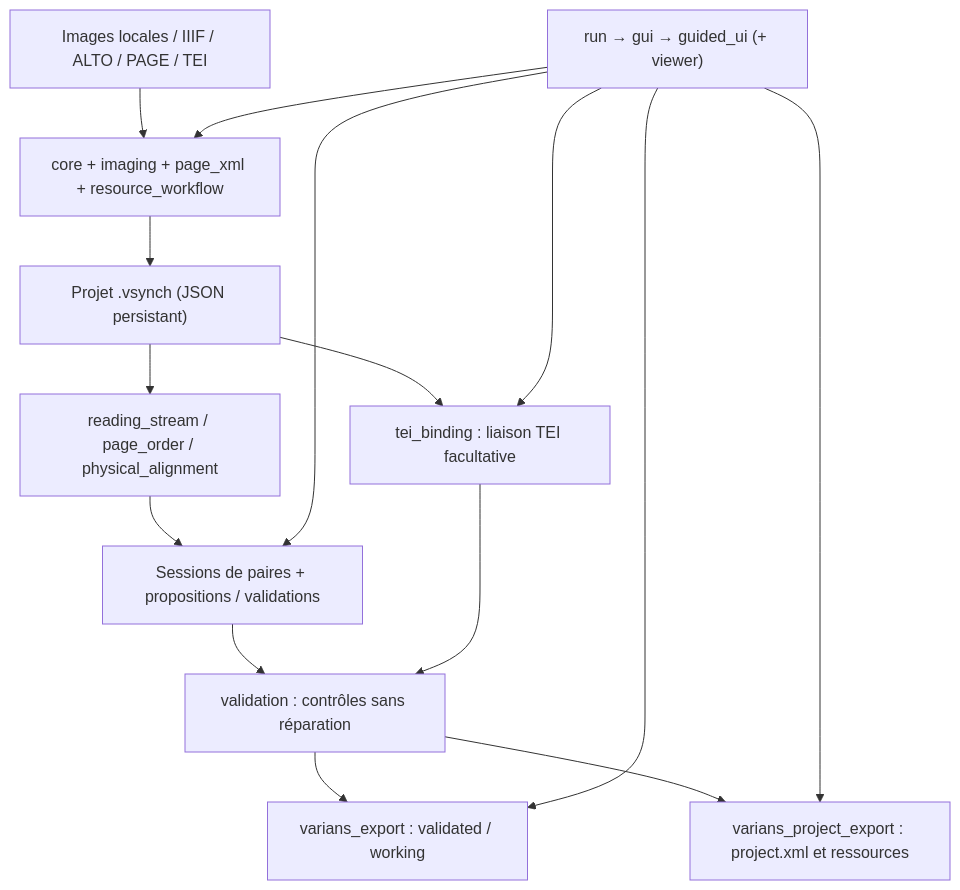
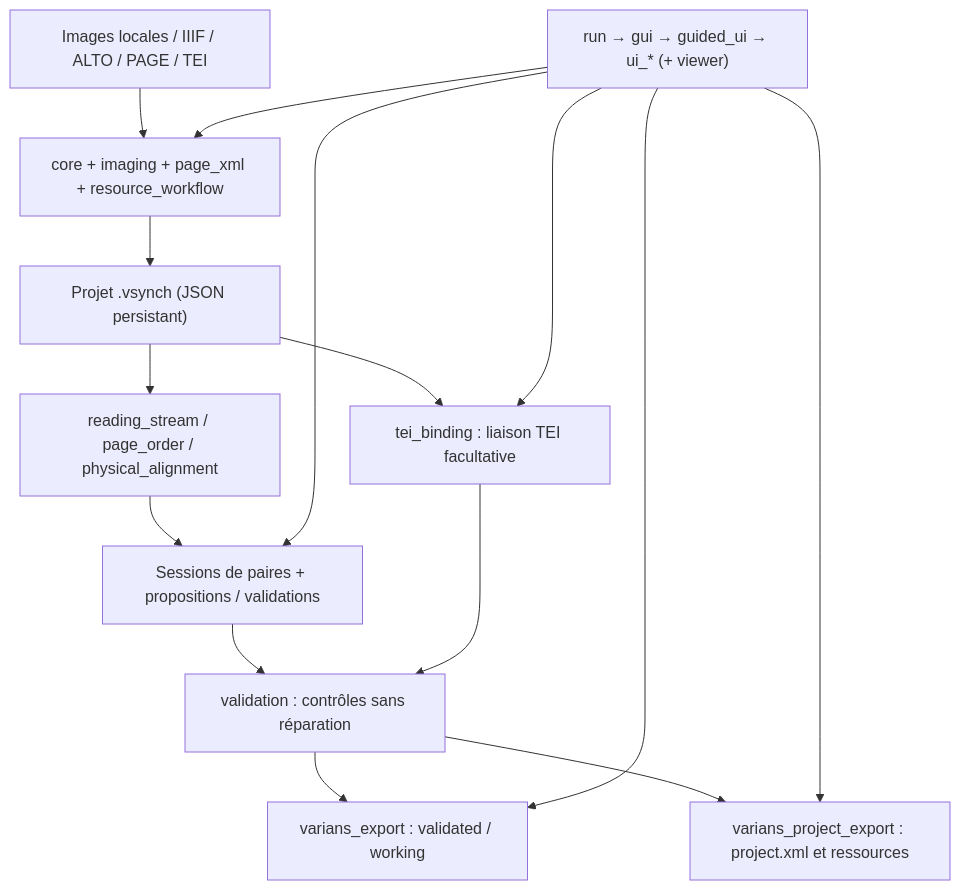
The diagram in MAINTENANCE_PASSATION_V0856/02_ARCHITECTURE_ET_FLUX.md (MarjorieBurghart/Varians-Synchro), drawn with Mermaid before and after one commit. The commit also changed other lines of this file and 10 other files, not shown here.

````diff
--- a/MAINTENANCE_PASSATION_V0856/02_ARCHITECTURE_ET_FLUX.md
+++ b/MAINTENANCE_PASSATION_V0856/02_ARCHITECTURE_ET_FLUX.md
@@ -11,17 +11,17 @@
 ```mermaid
 flowchart TD
   Sources["Images locales / IIIF / ALTO / PAGE / TEI"] --> Ingestion["core + imaging + page_xml + resource_workflow"]
   Ingestion --> Project["Projet .vsynch (JSON persistant)"]
   Project --> Read["reading_stream / page_order / physical_alignment"]
   Read --> Pair["Sessions de paires + propositions / validations"]
   Project --> TEI["tei_binding : liaison TEI facultative"]
   Pair --> Audit["validation : contrôles sans réparation"]
   TEI --> Audit
   Audit --> ExportJSON["varians_export : validated / working"]
   Audit --> ExportProject["varians_project_export : project.xml et ressources"]
-  UI["run → gui → guided_ui (+ viewer)"] --> Ingestion
+  UI["run → gui → guided_ui → ui_* (+ viewer)"] --> Ingestion
   UI --> Pair
   UI --> TEI
   UI --> ExportJSON
   UI --> ExportProject
 ```
````
